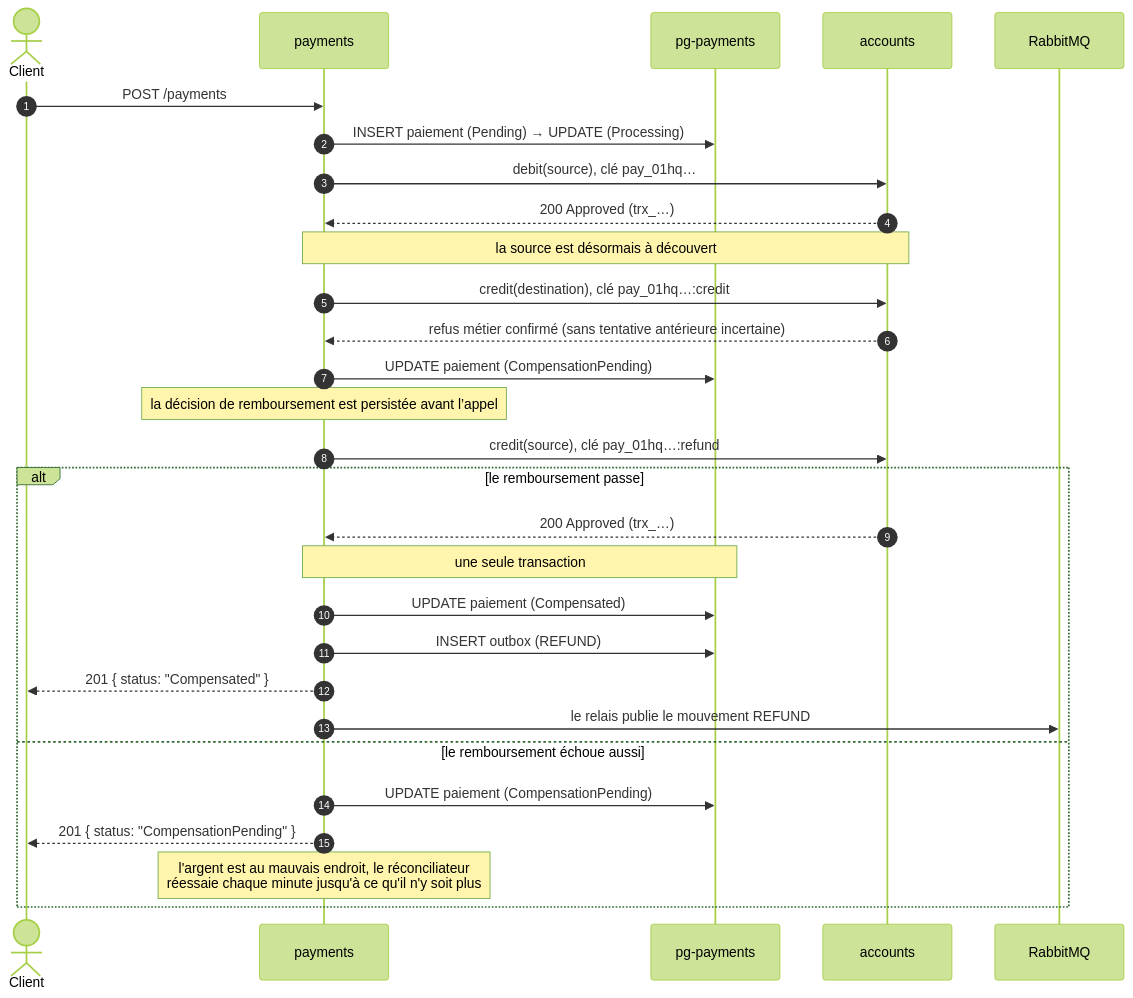
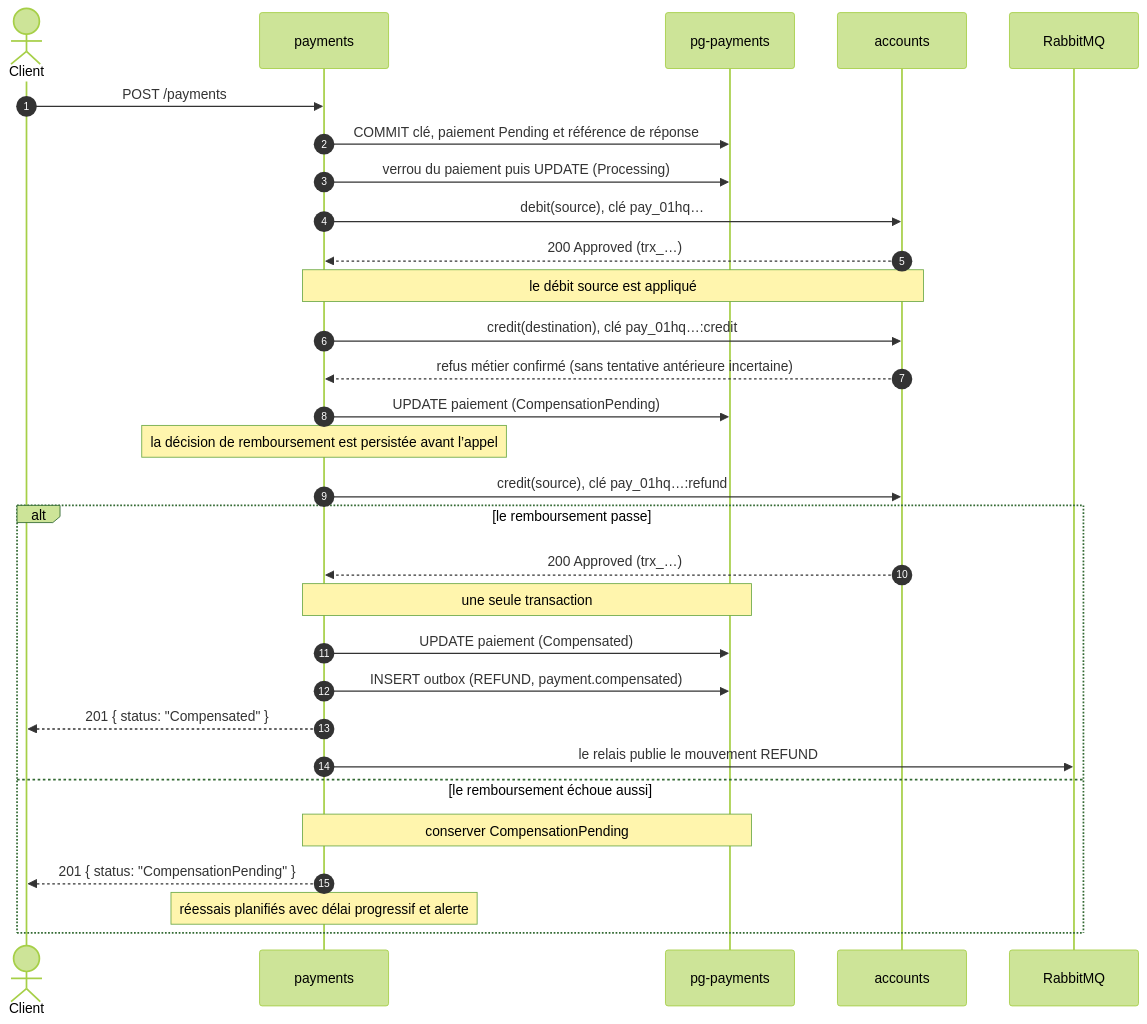
One commit to omaelnguessan/paynah_test changed the fourth of 4 diagrams in README.md. Above: the diagram before and after it, drawn with Mermaid (forest theme). The commit also changed other lines of this file, not shown here.

Commit message:
docs: align readme with payment reliability improvements

````diff
--- a/README.md
+++ b/README.md
@@ -963,34 +1009,35 @@
 ```mermaid
 sequenceDiagram
     autonumber
     actor C as Client
     participant P as payments
     participant DB as pg-payments
     participant A as accounts
     participant MQ as RabbitMQ
 
     C->>P: POST /payments
-    P->>DB: INSERT paiement (Pending) → UPDATE (Processing)
+    P->>DB: COMMIT clé, paiement Pending et référence de réponse
+    P->>DB: verrou du paiement puis UPDATE (Processing)
     P->>A: debit(source), clé pay_01hq…
     A-->>P: 200 Approved (trx_…)
-    Note over P,A: la source est désormais à découvert
+    Note over P,A: le débit source est appliqué
 
     P->>A: credit(destination), clé pay_01hq…:credit
     A-->>P: refus métier confirmé (sans tentative antérieure incertaine)
     P->>DB: UPDATE paiement (CompensationPending)
     Note over P: la décision de remboursement est persistée avant l’appel
 
     P->>A: credit(source), clé pay_01hq…:refund
     alt le remboursement passe
         A-->>P: 200 Approved (trx_…)
         Note over P,DB: une seule transaction
         P->>DB: UPDATE paiement (Compensated)
-        P->>DB: INSERT outbox (REFUND)
+        P->>DB: INSERT outbox (REFUND, payment.compensated)
         P-->>C: 201 { status: "Compensated" }
         P->>MQ: le relais publie le mouvement REFUND
     else le remboursement échoue aussi
-        P->>DB: UPDATE paiement (CompensationPending)
+        Note over P,DB: conserver CompensationPending
         P-->>C: 201 { status: "CompensationPending" }
-        Note over P: l'argent est au mauvais endroit, le réconciliateur<br/>réessaie chaque minute jusqu'à ce qu'il n'y soit plus
+        Note over P: réessais planifiés avec délai progressif et alerte
     end
 ```
````
